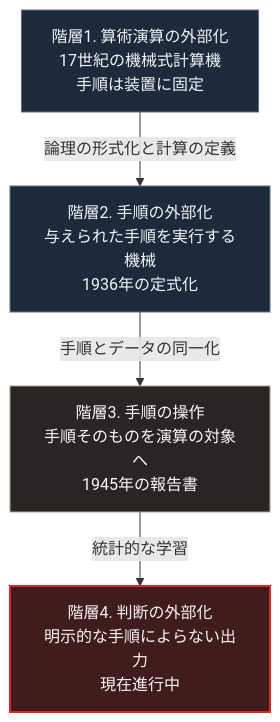
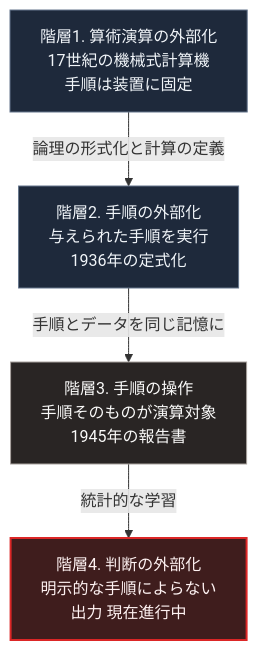
One commit to Takenori-Kusaka/zenn-content changed the diagram in books/sovereign-resilience-blueprint/14_computing-logical-operations.md. Above: the diagram before and after it, drawn with Mermaid. The commit also changed other lines of this file and 114 other files, not shown here.

````diff
--- a/books/sovereign-resilience-blueprint/14_computing-logical-operations.md
+++ b/books/sovereign-resilience-blueprint/14_computing-logical-operations.md
@@ -61,12 +61,12 @@
 ```mermaid
 flowchart TD
     A[階層1. 算術演算の外部化<br>17世紀の機械式計算機<br>手順は装置に固定]
-    A -->|論理の形式化と計算の定義| B[階層2. 手順の外部化<br>与えられた手順を実行する機械<br>1936年の定式化]
-    B -->|手順とデータの同一化| C[階層3. 手順の操作<br>手順そのものを演算の対象へ<br>1945年の報告書]
-    C -->|統計的な学習| D[階層4. 判断の外部化<br>明示的な手順によらない出力<br>現在進行中]
+    A -->|論理の形式化と計算の定義| B[階層2. 手順の外部化<br>与えられた手順を実行<br>1936年の定式化]
+    B -->|手順とデータを同じ記憶に| C[階層3. 手順の操作<br>手順そのものが演算対象<br>1945年の報告書]
+    C -->|統計的な学習| D[階層4. 判断の外部化<br>明示的な手順によらない<br>出力 現在進行中]
 
     style A fill:#1e293b,stroke:#64748b,color:#f1f5f9
     style B fill:#1e293b,stroke:#64748b,color:#f1f5f9
     style C fill:#292524,stroke:#a8a29e,color:#fafaf9
     style D fill:#3f1d1d,stroke:#dc2626,stroke-width:2px,color:#fef2f2
 ```
````
